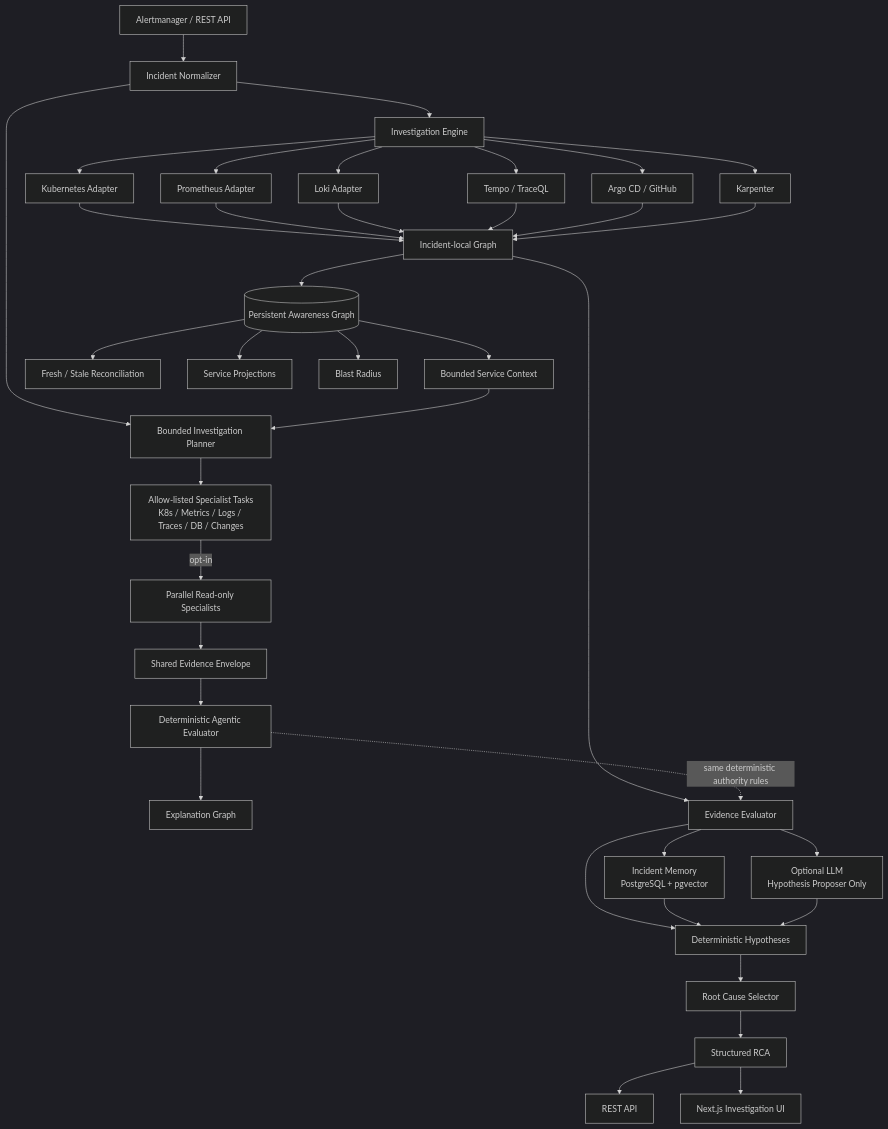
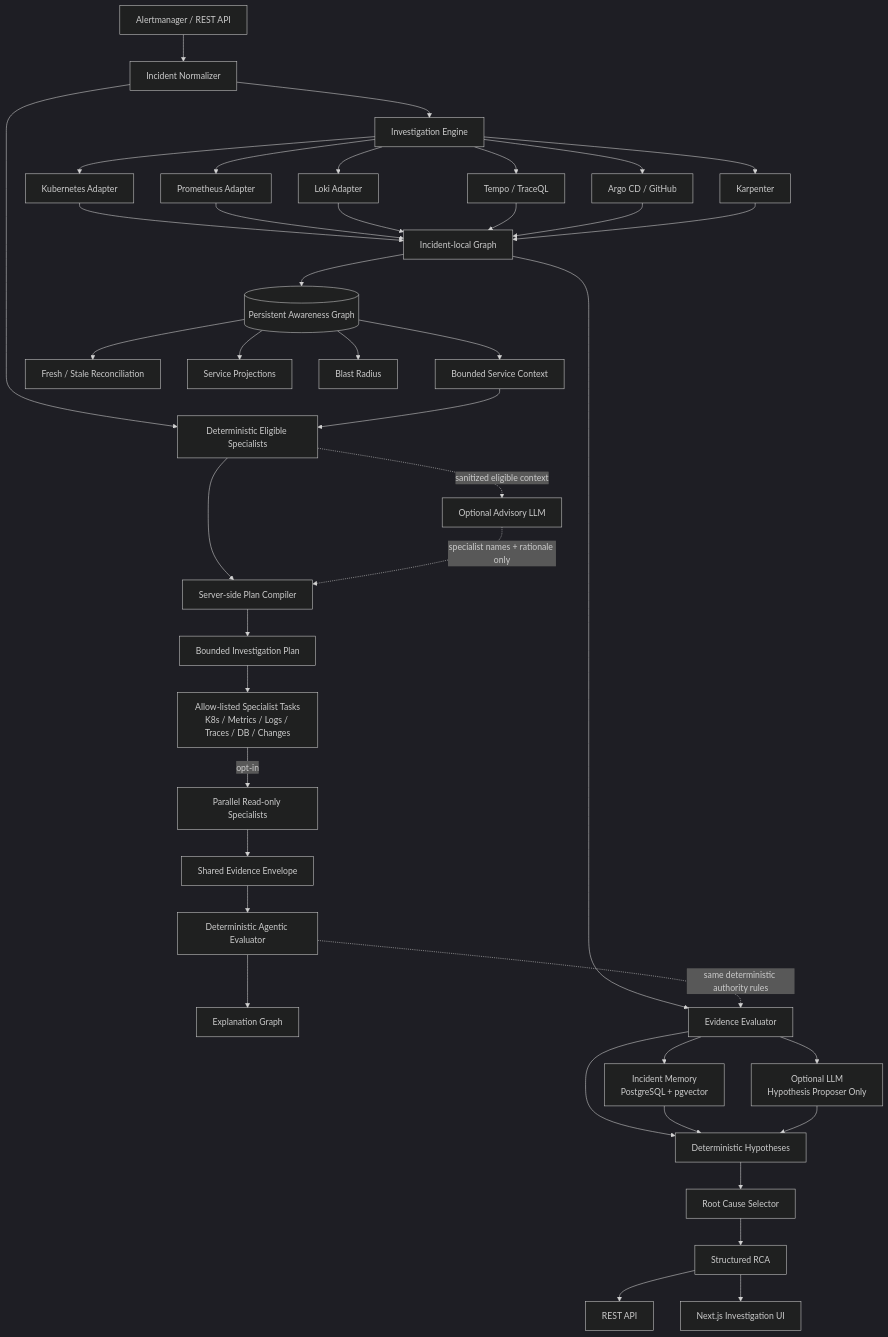
One commit to marcocristofolini/ai-sre-rca changed the first of 21 diagrams in docs/architecture.md. Above: the diagram before and after it, drawn with Mermaid (dark theme). The commit also changed other lines of this file, not shown here.

Commit message:
docs: add model planning compiler architecture

````diff
--- a/docs/architecture.md
+++ b/docs/architecture.md
@@ -7,45 +7,49 @@
 ```mermaid
 flowchart TD
     A[Alertmanager / REST API] --> N[Incident Normalizer]
-    N --> PLAN[Bounded Investigation Planner]
+    N --> EL[Deterministic Eligible Specialists]
     N --> I[Investigation Engine]
 
     PAG[(Persistent Awareness Graph)] --> CTX[Bounded Service Context]
-    CTX --> PLAN
+    CTX --> EL
+    EL --> COMP[Server-side Plan Compiler]
+    EL -. sanitized eligible context .-> MPL[Optional Advisory LLM]
+    MPL -. specialist names + rationale only .-> COMP
+    COMP --> PLAN[Bounded Investigation Plan]
     PLAN --> PT[Allow-listed Specialist Tasks<br/>K8s / Metrics / Logs / Traces / DB / Changes]
     PT -->|opt-in| ORCH[Parallel Read-only Specialists]
     ORCH --> SE[Shared Evidence Envelope]
     SE --> AE[Deterministic Agentic Evaluator]
     AE --> XG[Explanation Graph]
 
     I --> K[Kubernetes Adapter]
     I --> P[Prometheus Adapter]
     I --> L[Loki Adapter]
     I --> T[Tempo / TraceQL]
     I --> AR[Argo CD / GitHub]
     I --> KA[Karpenter]
 
     K --> LG[Incident-local Graph]
     P --> LG
     L --> LG
     T --> LG
     AR --> LG
     KA --> LG
 
     LG --> EV[Evidence Evaluator]
     AE -. same deterministic authority rules .-> EV
     LG --> PAG
     PAG --> REC[Fresh / Stale Reconciliation]
     PAG --> SV[Service Projections]
     PAG --> BR[Blast Radius]
 
     EV --> H[Deterministic Hypotheses]
     EV --> MEM[Incident Memory<br/>PostgreSQL + pgvector]
     EV --> LLM[Optional LLM<br/>Hypothesis Proposer Only]
     MEM --> H
     LLM --> H
     H --> RC[Root Cause Selector]
     RC --> RCA[Structured RCA]
     RCA --> API[REST API]
     RCA --> UI[Next.js Investigation UI]
 ```
````
